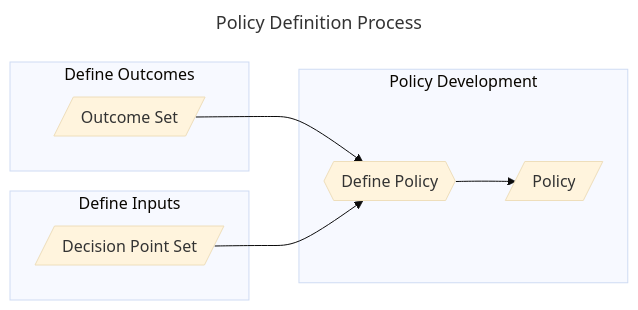
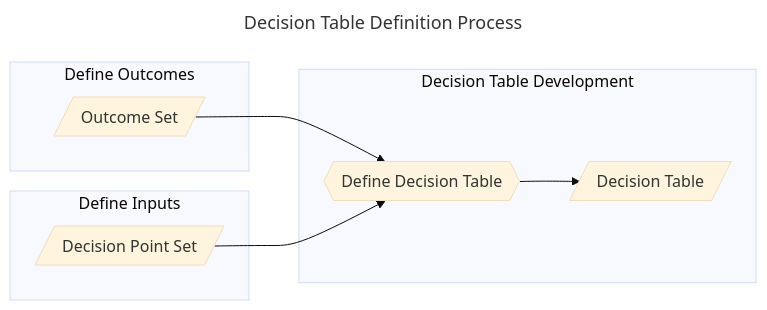
One commit to CERTCC/SSVC changed the fifth of 7 diagrams in docs/howto/bootstrap/prepare.md. Above: the diagram before and after it, drawn with Mermaid (base theme). The commit also changed other lines of this file and 21 other files, not shown here.

Commit message:
change "policy" to "decision table" in relevant docs

````diff
--- a/docs/howto/bootstrap/prepare.md
+++ b/docs/howto/bootstrap/prepare.md
@@ -193,19 +193,19 @@
 ```mermaid
 ---
-title: Policy Definition Process
+title: Decision Table Definition Process
 ---
 flowchart LR
     subgraph do[Define Outcomes]
     oc[/Outcome Set/]
     end
     subgraph di [Define Inputs]
     dps[/Decision Point Set/]
     end
-    subgraph policy [Policy Development]
-        dfp{{Define Policy}}
-        p[/Policy/]
+    subgraph policy [Decision Table Development]
+        dfp{{Define Decision Table}}
+        p[/Decision Table/]
     end
     oc --> dfp
     dps --> dfp
     dfp --> p
 ```
````
